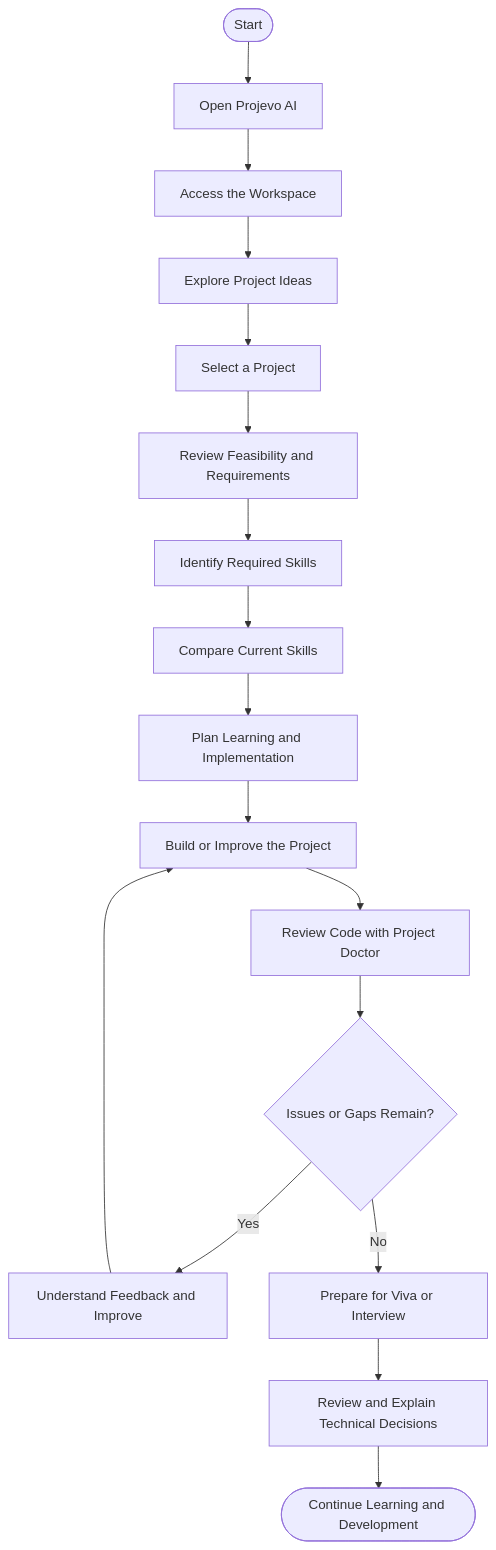
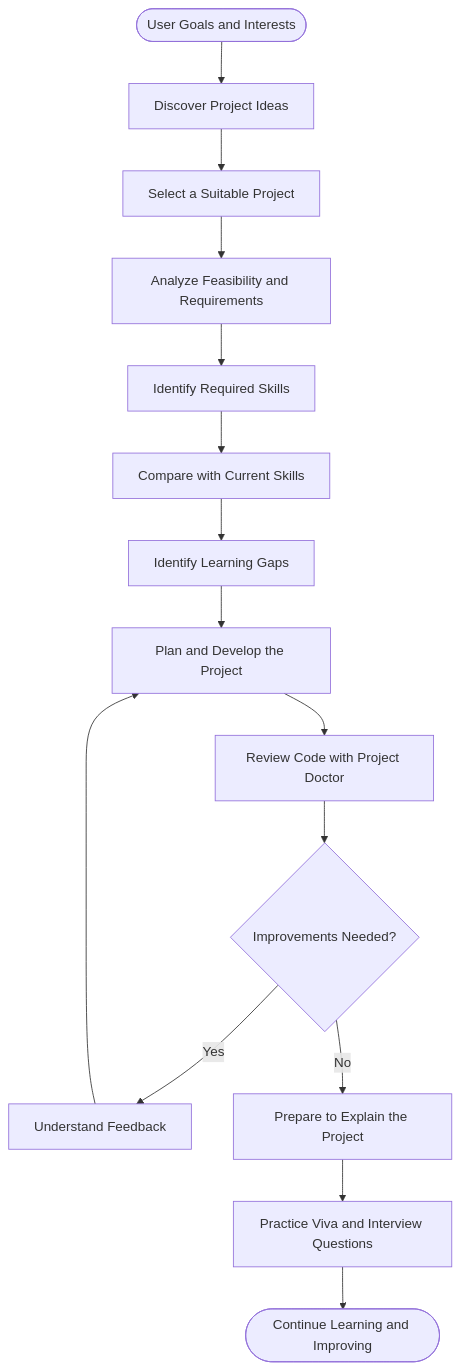
One commit to CMonika67/Projevo-AI changed the first of 2 diagrams in README.md. Above: the diagram before and after it, drawn with Mermaid. The commit also changed other lines of this file, not shown here.

````diff
--- a/README.md
+++ b/README.md
@@ -264,19 +206,17 @@
 ```mermaid
 flowchart TD
-    A([Start]) --> B[Open Projevo AI]
-    B --> C[Access the Workspace]
-    C --> D[Explore Project Ideas]
-    D --> E[Select a Project]
-    E --> F[Review Feasibility and Requirements]
-    F --> G[Identify Required Skills]
-    G --> H[Compare Current Skills]
-    H --> I[Plan Learning and Implementation]
-    I --> J[Build or Improve the Project]
-    J --> K[Review Code with Project Doctor]
-    K --> L{Issues or Gaps Remain?}
-    L -- Yes --> M[Understand Feedback and Improve]
-    M --> J
-    L -- No --> N[Prepare for Viva or Interview]
-    N --> O[Review and Explain Technical Decisions]
-    O --> P([Continue Learning and Development])
+    A([User Goals and Interests]) --> B[Discover Project Ideas]
+    B --> C[Select a Suitable Project]
+    C --> D[Analyze Feasibility and Requirements]
+    D --> E[Identify Required Skills]
+    E --> F[Compare with Current Skills]
+    F --> G[Identify Learning Gaps]
+    G --> H[Plan and Develop the Project]
+    H --> I[Review Code with Project Doctor]
+    I --> J{Improvements Needed?}
+    J -- Yes --> K[Understand Feedback]
+    K --> H
+    J -- No --> L[Prepare to Explain the Project]
+    L --> M[Practice Viva and Interview Questions]
+    M --> N([Continue Learning and Improving])
 ```
````
